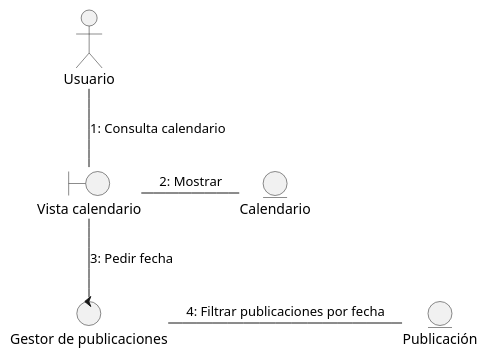
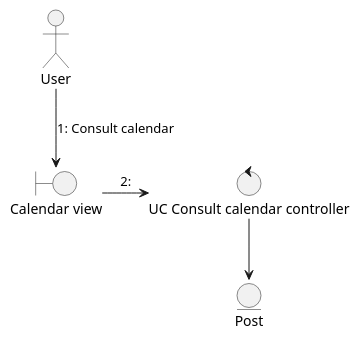
Before and after one commit to Dayannis-07/ING_SOFT: the diagram in docs/scenariosView/collaborationDiagram/useCase-ConsultarCalendario.plantuml, drawn with PlantUML. The commit also changed 24 other files, not shown here.

Commit message:
corrections collaboration & analysisClassDiagram

```diff
--- a/docs/scenariosView/collaborationDiagram/useCase-ConsultarCalendario.plantuml
+++ b/docs/scenariosView/collaborationDiagram/useCase-ConsultarCalendario.plantuml
@@ -1,13 +1,10 @@
 @startuml Consultar Calendario
-actor Usuario as U
+actor User as User
 
-boundary "Vista calendario" as V
-control "Gestor de publicaciones" as G
-entity Publicación as P
-entity Calendario as C
-
-U -- V : "1: Consulta calendario" 
-V-r-C :"2: Mostrar"
-V -- G : "3: Pedir fecha"
-G -r- P : "4: Filtrar publicaciones por fecha"
+boundary "Calendar view" as view
+control "UC Consult calendar controller" as controller
+entity Post as P
+User --> view : "1: Consult calendar" 
+view-r->controller : "2:"
+controller-->P 
 @enduml
```
